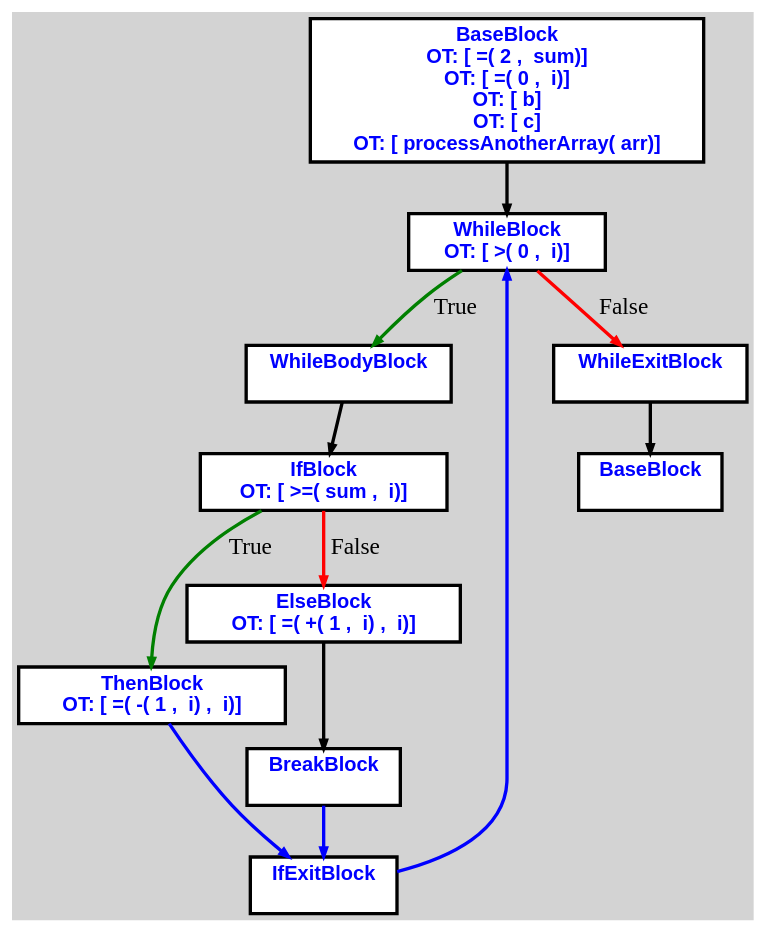
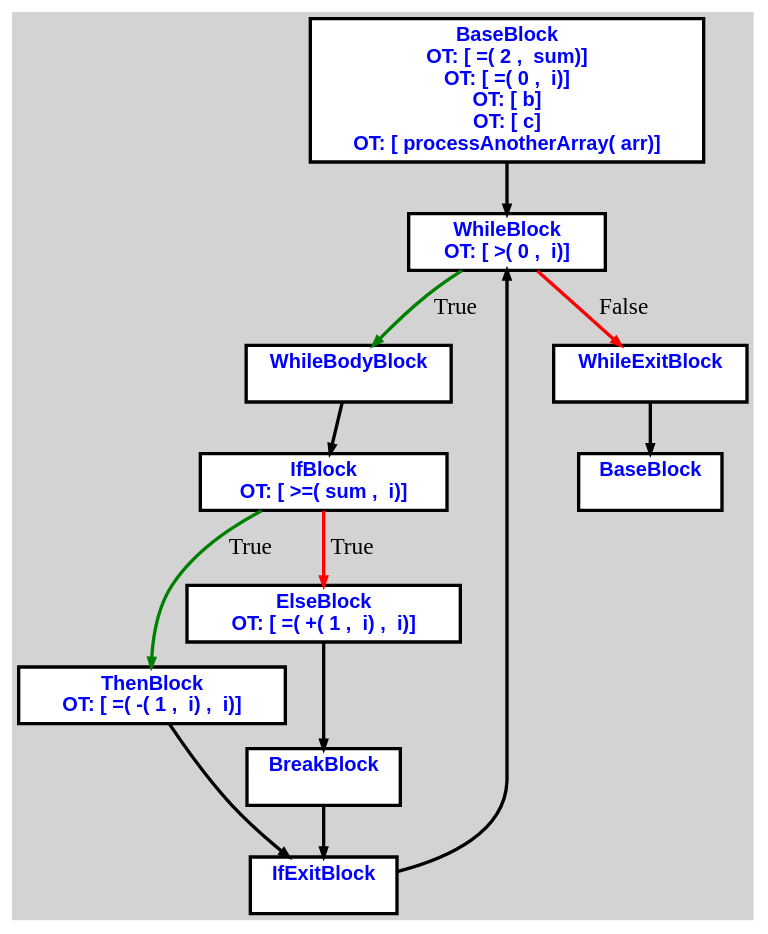
The diagram in cpoCompilerWin/input.txt.d.dot (aveen007/CountingMonkeys), drawn with Graphviz before and after one commit. The commit also changed 21 other files, not shown here.

```diff
--- a/cpoCompilerWin/input.txt.d.dot
+++ b/cpoCompilerWin/input.txt.d.dot
@@ -1,37 +1,37 @@
 digraph G {
 ordering=out;
 ranksep=.4;
 bgcolor="lightgrey";  node [shape=box, fixedsize=false, fontsize=12, fontname="Helvetica-bold", fontcolor="blue"
 width=.25, height=.25, color="black", fillcolor="white", style="filled, solid, bold"];
 
-edge [arrowsize=.5, color="black", style="bold"]    n000011DD6232A350 [label="BaseBlock\n OT: [ =( 2 ,  sum)]
+edge [arrowsize=.5, color="black", style="bold"]    n00001222C27A2240 [label="BaseBlock\n OT: [ =( 2 ,  sum)]
 OT: [ =( 0 ,  i)]
 OT: [ b]
 OT: [ c]
 OT: [ processAnotherArray( arr)]
 "]
-    n000011DD6232A4D0 [label="WhileBlock\n OT: [ >( 0 ,  i)]
+    n00001222C27A2300 [label="WhileBlock\n OT: [ >( 0 ,  i)]
 "]
-    n000011DD6232A350 -> n000011DD6232A4D0
-	   n000011DD6232A4D0 -> n000011DD6232A510 [ label = "True" color="green"]
-    n000011DD6232A510 [label="WhileBodyBlock\n "]
-    n000011DD6232A550 [label="IfBlock\n OT: [ >=( sum ,  i)]
+    n00001222C27A2240 -> n00001222C27A2300
+	   n00001222C27A2300 -> n00001222C27A2360 [ label = "True" color="green"]
+    n00001222C27A2360 [label="WhileBodyBlock\n "]
+    n00001222C27A2420 [label="IfBlock\n OT: [ >=( sum ,  i)]
 "]
-    n000011DD6232A510 -> n000011DD6232A550
-    n000011DD6232A550 -> n000011DD6232A590 [label="True" color="green"]
-    n000011DD6232A590 [label="ThenBlock\n OT: [ =( -( 1 ,  i) ,  i)]
+    n00001222C27A2360 -> n00001222C27A2420
+    n00001222C27A2420 -> n00001222C27A2480 [label="True" color="green"]
+    n00001222C27A2480 [label="ThenBlock\n OT: [ =( -( 1 ,  i) ,  i)]
 "]
-    n000011DD6232A550 -> n000011DD6232A5D0 [label="False" color="red"]
-    n000011DD6232A5D0 [label="ElseBlock\n OT: [ =( +( 1 ,  i) ,  i)]
+    n00001222C27A25A0 [label="IfExitBlock\n "]
+    n00001222C27A2480 -> n00001222C27A25A0
+    n00001222C27A25A0 -> n00001222C27A2300
+    n00001222C27A2420 -> n00001222C27A24E0 [label="True" color="red"]
+    n00001222C27A24E0 [label="ElseBlock\n OT: [ =( +( 1 ,  i) ,  i)]
 "]
-    n000011DD6232A610 [label="BreakBlock\n "]
-    n000011DD6232A5D0 -> n000011DD6232A610
-    n000011DD6232A610 -> n000011DD6232A650 [color="blue"]
-    n000011DD6232A590 -> n000011DD6232A650 [ color="blue"]
-    n000011DD6232A650 [label="IfExitBlock\n "]
-    n000011DD6232A650 -> n000011DD6232A4D0 [ color="blue"]
-	   n000011DD6232A4D0 -> n000011DD6232A690 [ label = "False" color="red"]
-    n000011DD6232A690 [label="WhileExitBlock\n "]
-    n000011DD6232A6D0 [label="BaseBlock\n "]
-    n000011DD6232A690 -> n000011DD6232A6D0
+    n00001222C27A2540 [label="BreakBlock\n "]
+    n00001222C27A24E0 -> n00001222C27A2540
+    n00001222C27A2540 -> n00001222C27A25A0
+	   n00001222C27A2300 -> n00001222C27A23C0 [ label = "False" color="red"]
+    n00001222C27A23C0 [label="WhileExitBlock\n "]
+    n00001222C27A2600 [label="BaseBlock\n "]
+    n00001222C27A23C0 -> n00001222C27A2600
 }
```
